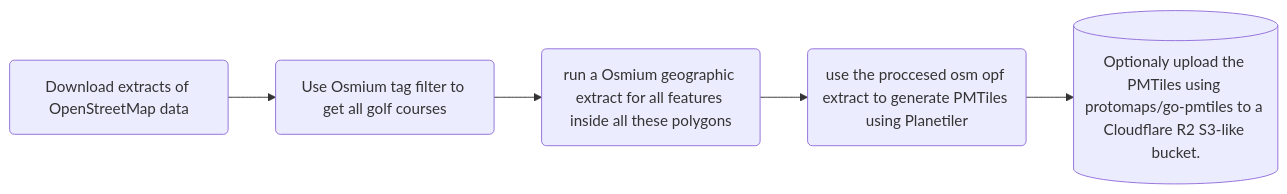
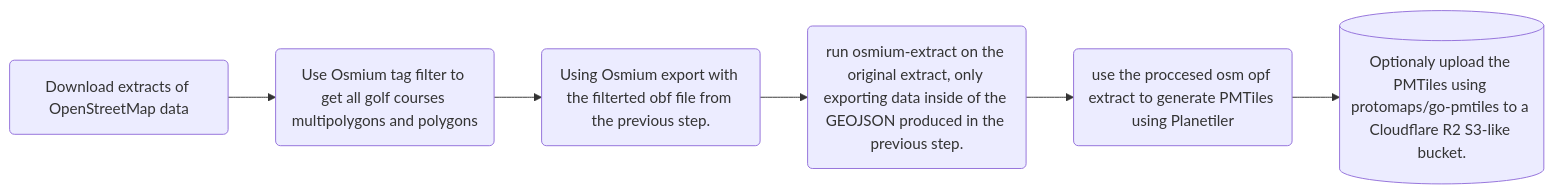
Before and after one commit to HuggeK/golfTiles: the diagram in README.md, drawn with Mermaid.

Commit message:
Updated readme with new plan for what osmium commands to run.

````diff
--- a/README.md
+++ b/README.md
@@ -38,10 +38,11 @@
 ```mermaid
 flowchart LR
-   download(Download extracts of OpenStreetMap data) --> tagfilter(Use Osmium tag filter to get all golf courses)  --> osmiumGeographicExtract(run a Osmium geographic extract for all features inside all these polygons) --> Planetiler(use the proccesed osm opf extract to generate PMTiles using Planetiler) --> upload[(Optionaly upload the PMTiles using protomaps/go-pmtiles to a Cloudflare R2 S3-like bucket.)]
+   download(Download extracts of OpenStreetMap data) --> tagfilter(Use Osmium tag filter to get all golf courses multipolygons and polygons)  --> osmiumExportPolygons(Using Osmium export with the filterted obf file from the previous step. ) --> osmiumGeographicExtract(run osmium-extract on the original extract, only exporting data inside of the GEOJSON produced in the previous step.) --> Planetiler(use the proccesed osm opf extract to generate PMTiles using Planetiler) --> upload[(Optionaly upload the PMTiles using protomaps/go-pmtiles to a Cloudflare R2 S3-like bucket.)]
 click download "https://switch2osm.org/serving-tiles/#System-requirements"
 click tagfilter "https://docs.osmcode.org/osmium/latest/osmium-tags-filter.html"
+click osmiumExportPolygons "https://docs.osmcode.org/osmium/latest/osmium-export.html"
 click osmiumGeographicExtract "https://docs.osmcode.org/osmium/latest/osmium-extract.html"
 click Planetiler "https://github.com/openmaptiles/openmaptiles"
 click upload "https://docs.protomaps.com/pmtiles/cloud-storage"
 
 ```
````
